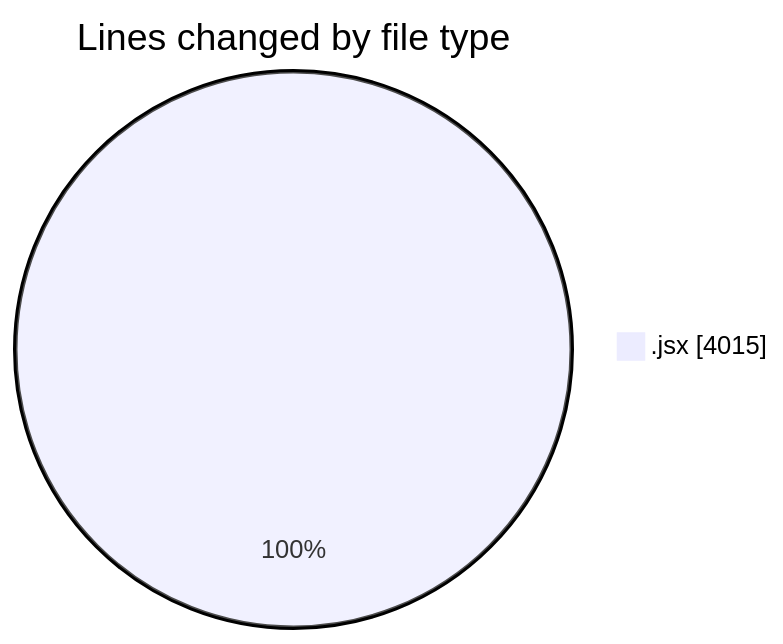
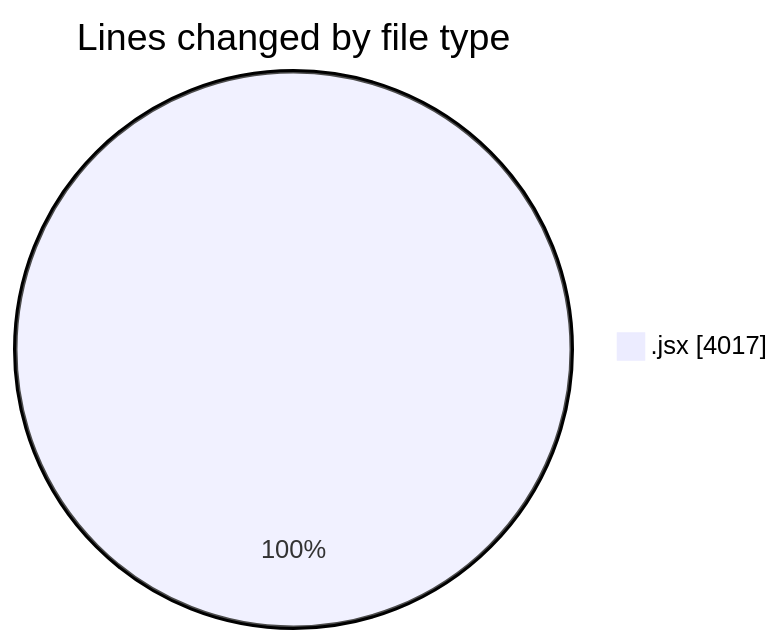
One commit to nxtqubesakshisongat/code-tracking changed the first of 2 diagrams in 2025-07-08/argos/README.md. Above: the diagram before and after it, drawn with Mermaid. The commit also changed other lines of this file and 1 other file, not shown here.

````diff
--- a/2025-07-08/argos/README.md
+++ b/2025-07-08/argos/README.md
@@ -24,5 +24,5 @@
 ```mermaid
 pie showData
 title Lines changed by file type
-".jsx" : 4015
+".jsx" : 4017
 ```
````
